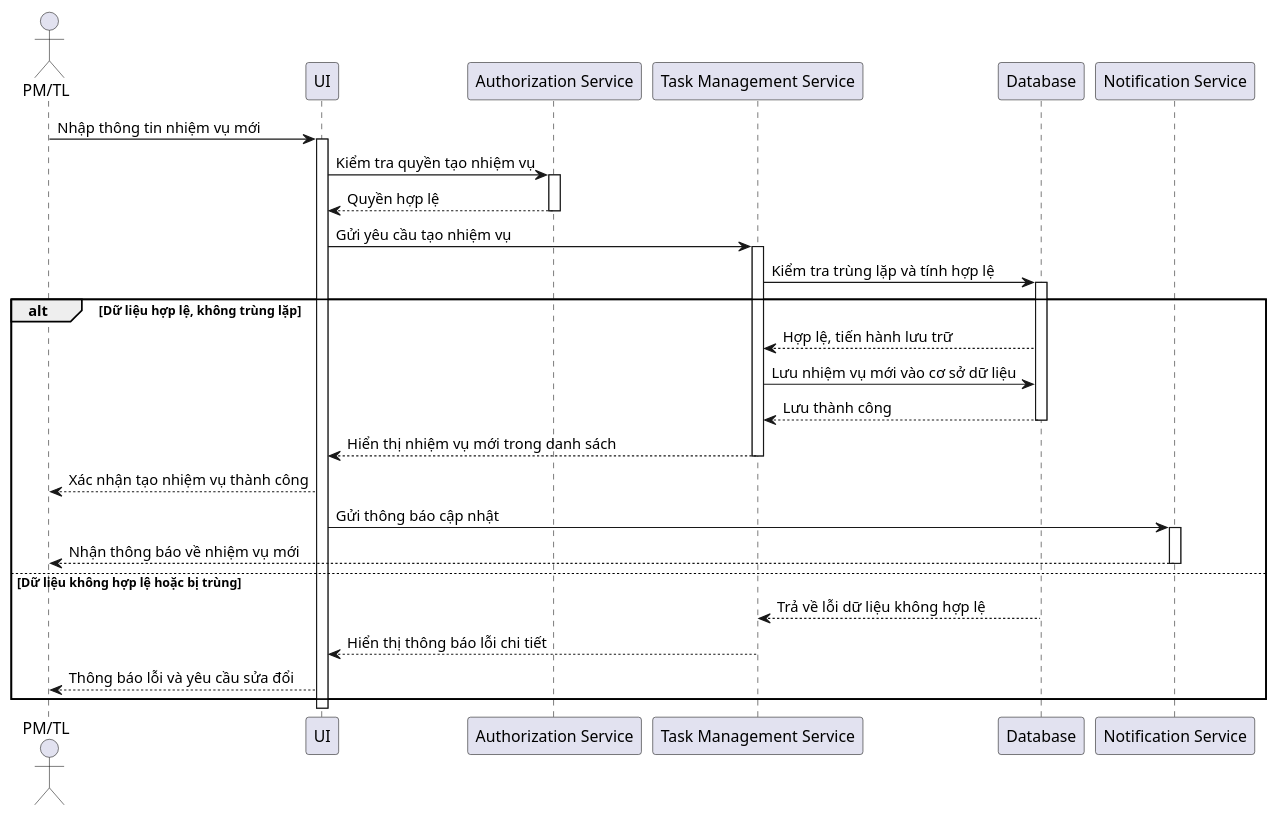
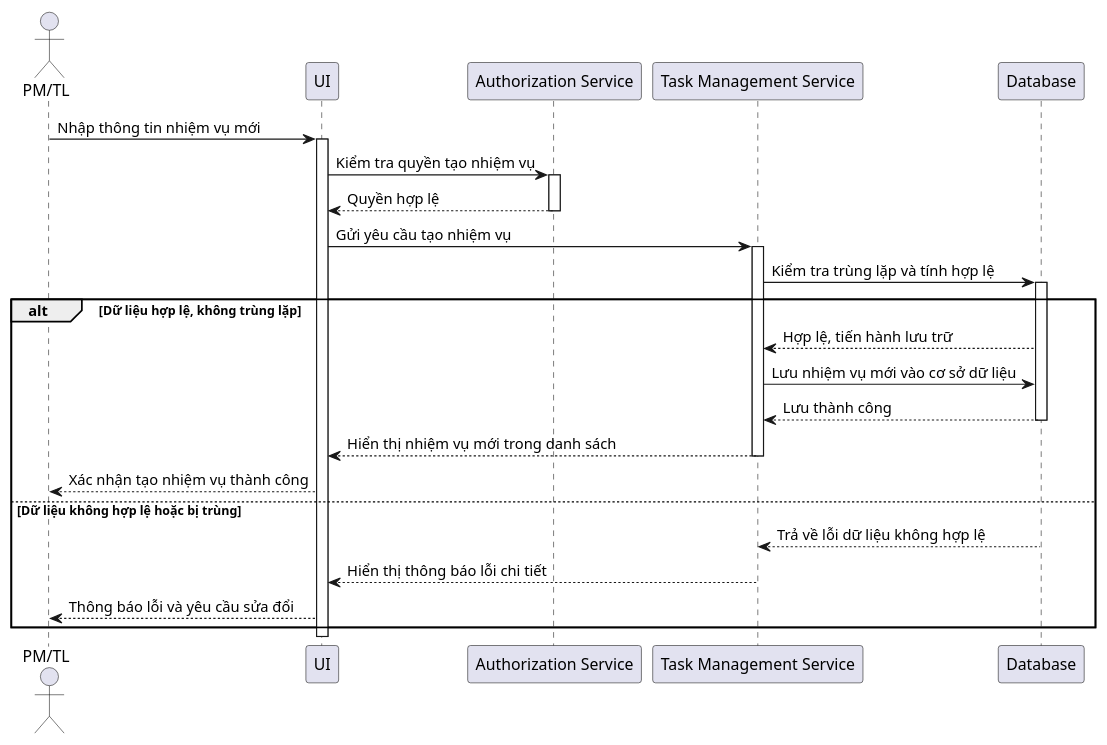
The diagram in module3/TaoNV.puml (MaiDucDuy05/UML), drawn with PlantUML before and after one commit. The commit also changed 12 other files, not shown here.

```diff
--- a/module3/TaoNV.puml
+++ b/module3/TaoNV.puml
@@ -1,49 +1,44 @@
 @startuml
 actor "PM/TL" as User
 
 participant "UI" as UI
 participant "Authorization Service"
 participant "Task Management Service" as System
 participant "Database" as DB
-participant "Notification Service"
 
 User -> UI: Nhập thông tin nhiệm vụ mới
 activate UI
 
 UI -> "Authorization Service": Kiểm tra quyền tạo nhiệm vụ
 activate "Authorization Service"
 
 "Authorization Service" --> UI: Quyền hợp lệ
 deactivate "Authorization Service"
 
 UI -> System: Gửi yêu cầu tạo nhiệm vụ
 activate System
 
 System -> DB: Kiểm tra trùng lặp và tính hợp lệ
 activate DB
 
 alt Dữ liệu hợp lệ, không trùng lặp
     DB --> System: Hợp lệ, tiến hành lưu trữ
     System -> DB: Lưu nhiệm vụ mới vào cơ sở dữ liệu
     DB --> System: Lưu thành công
     deactivate DB
 
     System --> UI: Hiển thị nhiệm vụ mới trong danh sách
     deactivate System
     UI --> User: Xác nhận tạo nhiệm vụ thành công
 
-    UI -> "Notification Service": Gửi thông báo cập nhật
-    activate "Notification Service"
-    "Notification Service" --> User: Nhận thông báo về nhiệm vụ mới
-    deactivate "Notification Service"
 
 else Dữ liệu không hợp lệ hoặc bị trùng
     DB --> System: Trả về lỗi dữ liệu không hợp lệ
     deactivate DB
 
     System --> UI: Hiển thị thông báo lỗi chi tiết
     deactivate System
     UI --> User: Thông báo lỗi và yêu cầu sửa đổi
 end
 
 @enduml
```
